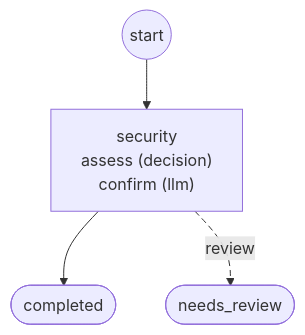
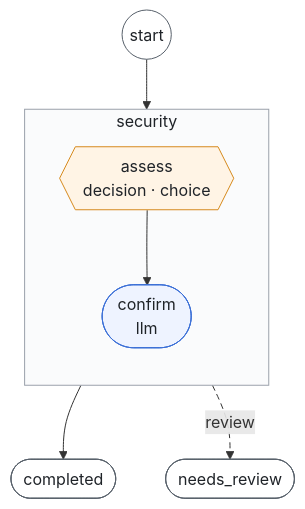
Before and after one commit to sebastianwessel/foliqant: the second of 2 diagrams in examples/security_evaluation/WORKFLOWS.md, drawn with Mermaid. The commit also changed other lines of this file and 21 other files, not shown here.

First line of the commit message:
Render workflow graphs as subgraphs with steps, shapes and a legend

````diff
--- a/examples/security_evaluation/WORKFLOWS.md
+++ b/examples/security_evaluation/WORKFLOWS.md
@@ -9,11 +39,24 @@
 ```mermaid
 flowchart TD
-  start((start))
-  flow_security["security<br/>assess (decision)<br/>confirm (llm)"]
-  outcome_completed(["completed"])
-  outcome_needs_review(["needs_review"])
-  start --> flow_security
-  flow_security --> outcome_completed
-  flow_security -.->|"review"| outcome_needs_review
-  linkStyle 2 stroke-dasharray: 6 4
+  start__((start))
+  subgraph security["security"]
+    direction TB
+    security__assess{{"assess<br/>decision · choice"}}
+    security__confirm(["confirm<br/>llm"])
+    security__assess --> security__confirm
+  end
+  outcome_completed__(["completed"])
+  outcome_needs_review__(["needs_review"])
+  start__ --> security
+  security --> outcome_completed__
+  security -.->|"review"| outcome_needs_review__
+  classDef decision fill:#fff4e5,stroke:#d68a1d,color:#1f2328
+  classDef llm fill:#eef3ff,stroke:#3b6fd6,color:#1f2328
+  classDef flow fill:#fafbfc,stroke:#9aa1ab,color:#1f2328
+  classDef terminal fill:#ffffff,stroke:#57606a,color:#1f2328
+  class security__assess decision
+  class security__confirm llm
+  class security flow
+  class start__,outcome_completed__,outcome_needs_review__ terminal
+  linkStyle 3 stroke-dasharray: 6 4
 ```
````
